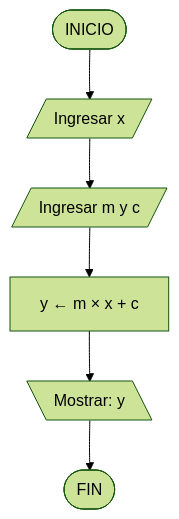
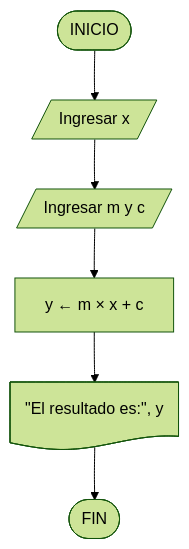
One commit to BenjaminSerrano/principios-programacion changed the first of 5 diagrams in docs/core/introduction/coding.md. Above: the diagram before and after it, drawn with Mermaid (forest theme). The commit also changed other lines of this file and 1 other file, not shown here.

First line of the commit message:
Corregir diagramas de flujo: símbolos y operadores

````diff
--- a/docs/core/introduction/coding.md
+++ b/docs/core/introduction/coding.md
@@ -204,8 +204,8 @@
     ``` mermaid
     flowchart TD
         A([INICIO]) --> B[/Ingresar x/]
         B --> C[/Ingresar m y c/]
         C --> D["y ← m × x + c"]
-        D --> E[\"Mostrar: y"\]
+        D --> E@{ shape: doc, label: "\"El resultado es:\", y" }
         E --> F([FIN])
     ```
````
